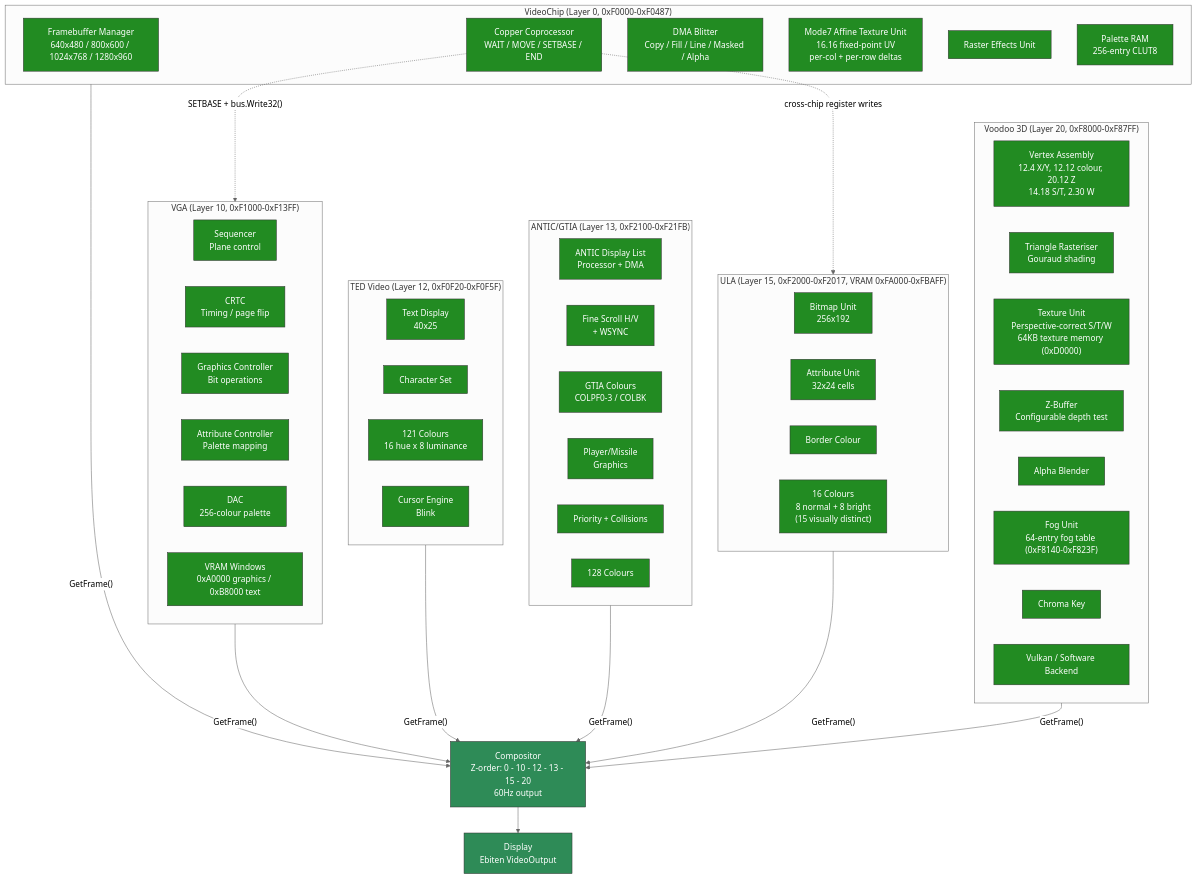
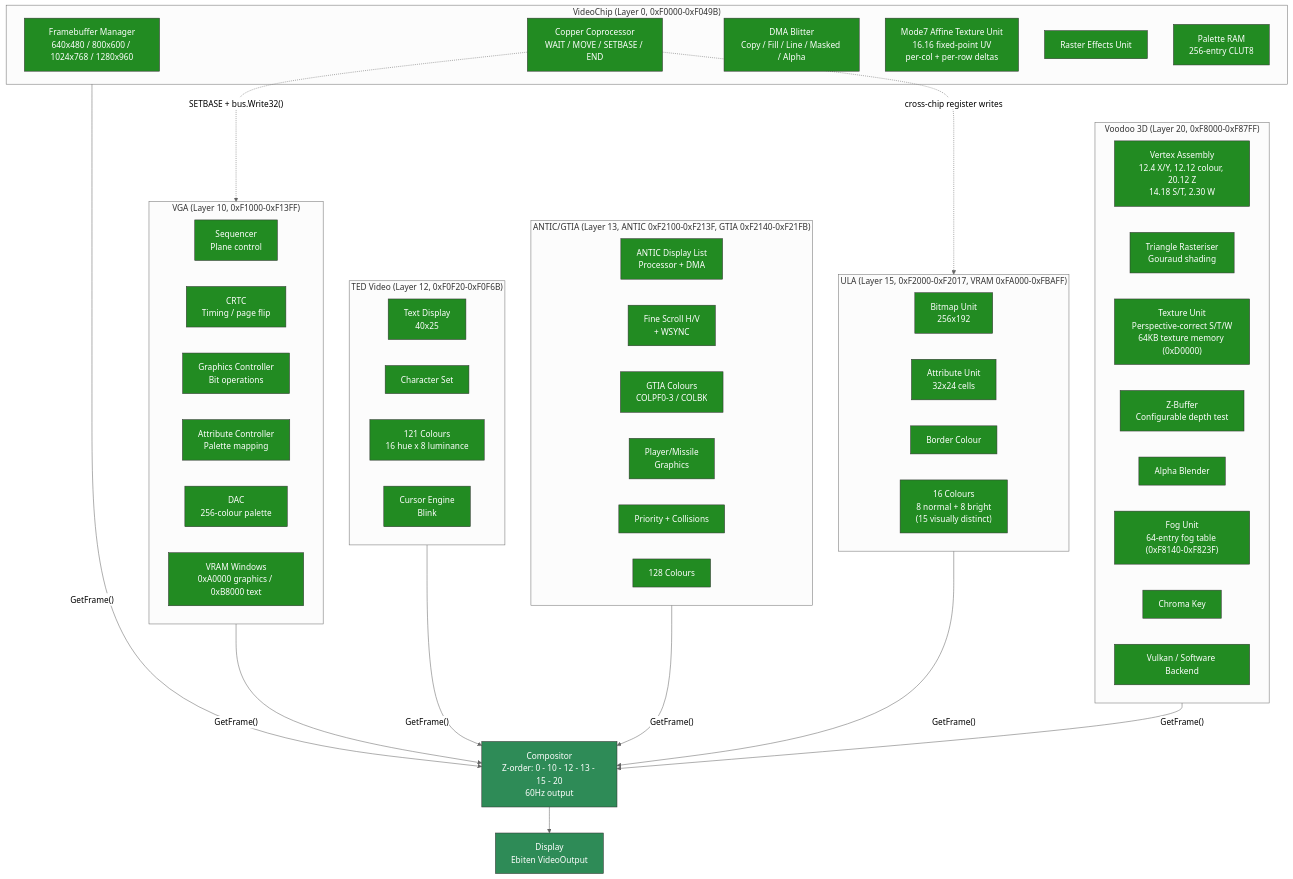
One commit to IntuitionAmiga/IntuitionEngine changed the fifth of 11 diagrams in sdk/docs/architecture.md. Above: the diagram before and after it, drawn with Mermaid (neutral theme). The commit also changed other lines of this file, not shown here.

Commit message:
Architecture docs refresh with mermaid diagrams

````diff
--- a/sdk/docs/architecture.md
+++ b/sdk/docs/architecture.md
@@ -330,78 +360,78 @@
 ```mermaid
 graph TB
-    subgraph VCS["VideoChip (Layer 0, 0xF0000-0xF0487)"]
+    subgraph VCS["VideoChip (Layer 0, 0xF0000-0xF049B)"]
         VC_FB["Framebuffer Manager<br/>640x480 / 800x600 / 1024x768 / 1280x960"]
         VC_COP["Copper Coprocessor<br/>WAIT / MOVE / SETBASE / END"]
         VC_BLT["DMA Blitter<br/>Copy / Fill / Line / Masked / Alpha"]
         VC_M7["Mode7 Affine Texture Unit<br/>16.16 fixed-point UV<br/>per-col + per-row deltas"]
         VC_RST["Raster Effects Unit"]
         VC_PAL["Palette RAM<br/>256-entry CLUT8"]
     end
 
     subgraph VGAS["VGA (Layer 10, 0xF1000-0xF13FF)"]
         VGA_SEQ["Sequencer<br/>Plane control"]
         VGA_CRTC["CRTC<br/>Timing / page flip"]
         VGA_GC["Graphics Controller<br/>Bit operations"]
         VGA_AC["Attribute Controller<br/>Palette mapping"]
         VGA_DAC["DAC<br/>256-colour palette"]
         VGA_VRAM["VRAM Windows<br/>0xA0000 graphics / 0xB8000 text"]
     end
 
-    subgraph TEDS["TED Video (Layer 12, 0xF0F20-0xF0F5F)"]
+    subgraph TEDS["TED Video (Layer 12, 0xF0F20-0xF0F6B)"]
         TED_TXT["Text Display<br/>40x25"]
         TED_CHR["Character Set"]
         TED_COL["121 Colours<br/>16 hue x 8 luminance"]
         TED_CUR["Cursor Engine<br/>Blink"]
     end
 
-    subgraph ANTICS["ANTIC/GTIA (Layer 13, 0xF2100-0xF21FB)"]
+    subgraph ANTICS["ANTIC/GTIA (Layer 13, ANTIC 0xF2100-0xF213F, GTIA 0xF2140-0xF21FB)"]
         ANT_DLP["ANTIC Display List<br/>Processor + DMA"]
         ANT_SCR["Fine Scroll H/V<br/>+ WSYNC"]
         GTIA_C["GTIA Colours<br/>COLPF0-3 / COLBK"]
         GTIA_PM["Player/Missile<br/>Graphics"]
         GTIA_PR["Priority + Collisions"]
         ANT_COL["128 Colours"]
     end
 
     subgraph ULAS["ULA (Layer 15, 0xF2000-0xF2017, VRAM 0xFA000-0xFBAFF)"]
         ULA_BMP["Bitmap Unit<br/>256x192"]
         ULA_ATR["Attribute Unit<br/>32x24 cells"]
         ULA_BDR["Border Colour"]
         ULA_COL["16 Colours<br/>8 normal + 8 bright<br/>(15 visually distinct)"]
     end
 
     subgraph VOOS["Voodoo 3D (Layer 20, 0xF8000-0xF87FF)"]
         VOO_VTX["Vertex Assembly<br/>12.4 X/Y, 12.12 colour, 20.12 Z<br/>14.18 S/T, 2.30 W"]
         VOO_TRI["Triangle Rasteriser<br/>Gouraud shading"]
         VOO_TEX["Texture Unit<br/>Perspective-correct S/T/W<br/>64KB texture memory (0xD0000)"]
         VOO_ZB["Z-Buffer<br/>Configurable depth test"]
         VOO_AB["Alpha Blender"]
         VOO_FOG["Fog Unit<br/>64-entry fog table (0xF8140-0xF823F)"]
         VOO_CK["Chroma Key"]
         VOO_BE["Vulkan / Software Backend"]
     end
 
     COMPS["Compositor<br/>Z-order: 0 - 10 - 12 - 13 - 15 - 20<br/>60Hz output"]
     DISPLAY["Display<br/>Ebiten VideoOutput"]
 
     VCS -->|"GetFrame()"| COMPS
     VGAS -->|"GetFrame()"| COMPS
     TEDS -->|"GetFrame()"| COMPS
     ANTICS -->|"GetFrame()"| COMPS
     ULAS -->|"GetFrame()"| COMPS
     VOOS -->|"GetFrame()"| COMPS
     COMPS --> DISPLAY
 
     VC_COP -.->|"SETBASE + bus.Write32()"| VGAS
     VC_COP -.->|"cross-chip register writes"| ULAS
 
     classDef video fill:#228B22,stroke:#333,color:#fff
     classDef comp fill:#2E8B57,stroke:#333,color:#fff
     class VC_FB,VC_COP,VC_BLT,VC_M7,VC_RST,VC_PAL video
     class VGA_SEQ,VGA_CRTC,VGA_GC,VGA_AC,VGA_DAC,VGA_VRAM video
     class TED_TXT,TED_CHR,TED_COL,TED_CUR video
     class ANT_DLP,ANT_SCR,GTIA_C,GTIA_PM,GTIA_PR,ANT_COL video
     class ULA_BMP,ULA_ATR,ULA_BDR,ULA_COL video
     class VOO_VTX,VOO_TRI,VOO_TEX,VOO_ZB,VOO_AB,VOO_FOG,VOO_CK,VOO_BE video
     class COMPS,DISPLAY comp
 ```
````
